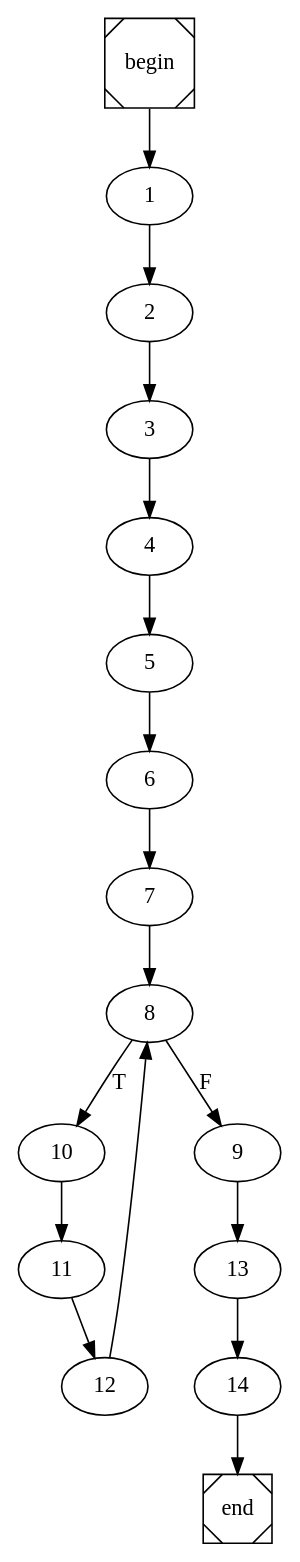
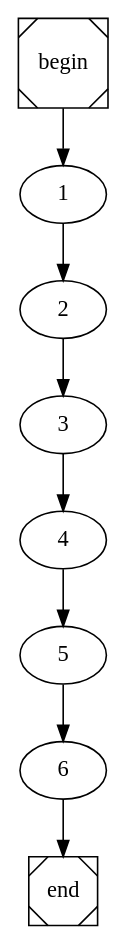
Before and after one commit to pedrojfs17/FEUP-COMP: the diagram in main.dot, drawn with Graphviz. The commit also changed 3 other files, not shown here.

```diff
--- a/main.dot
+++ b/main.dot
@@ -1,4 +1,4 @@
 digraph cfg {
 	begin [shape=Msquare];
 	end [shape=Msquare];
-	begin -> 1;	1 -> 2;	2 -> 3;	3 -> 4;	4 -> 5;	5 -> 6;	6 -> 7;	7 -> 8;	8 -> 10[label=T];	8 -> 9[label=F];	9 -> 13;	10 -> 11;	11 -> 12;	12 -> 8;	13 -> 14;	14 -> end;}
+	begin -> 1;	1 -> 2;	2 -> 3;	3 -> 4;	4 -> 5;	5 -> 6;	6 -> end;}
```
